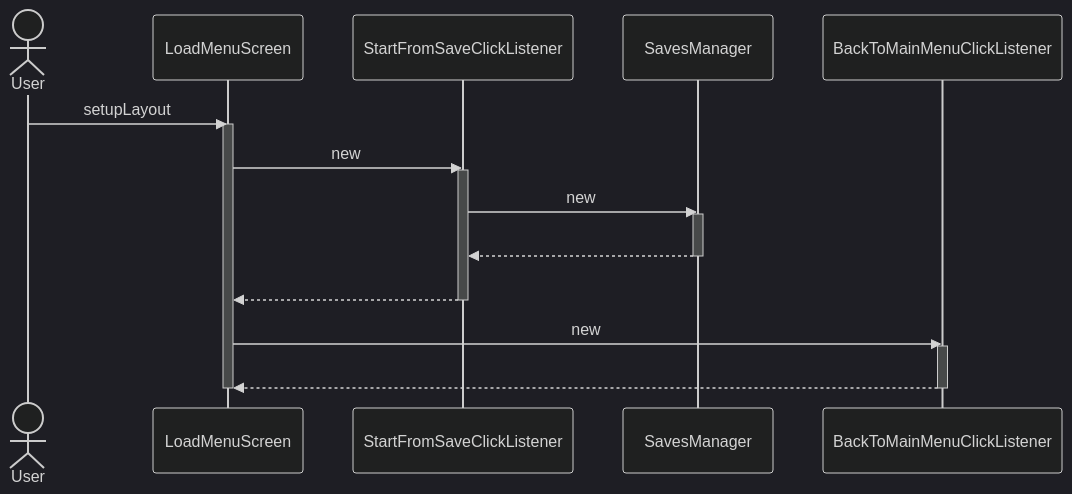
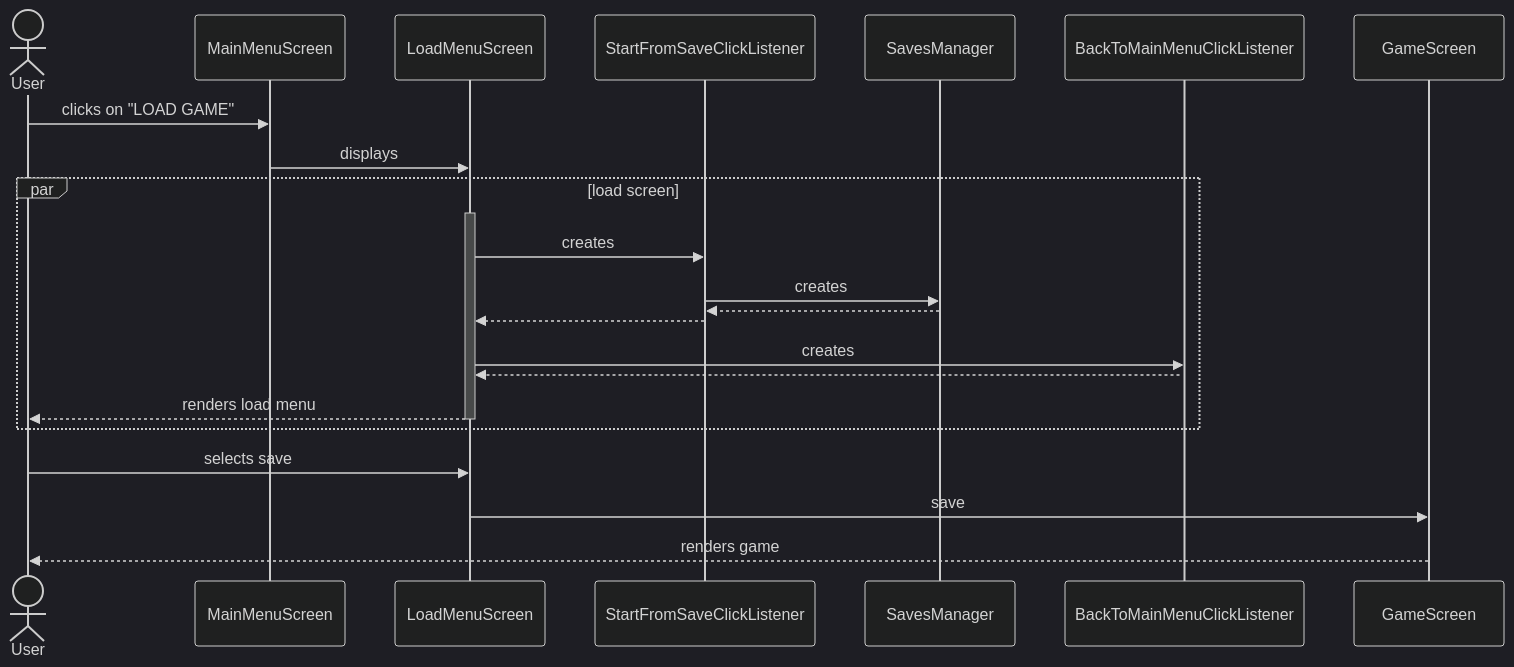
The sixth of 10 diagrams in docs/sequence_diagram/index.md (BIRSAx2/klotski), drawn with Mermaid (dark theme) before and after one commit. The commit also changed other lines of this file, not shown here.

Commit message:
Improved internal sequence diagram. Added NextBestMove sequence diagram

````diff
--- a/docs/sequence_diagram/index.md
+++ b/docs/sequence_diagram/index.md
@@ -272,19 +293,37 @@
 ```mermaid
 sequenceDiagram
     actor User
-    User ->> LoadMenuScreen : setupLayout
-    activate LoadMenuScreen
-    LoadMenuScreen ->> StartFromSaveClickListener : new
-    activate StartFromSaveClickListener
-    StartFromSaveClickListener ->> SavesManager : new
-    activate SavesManager
-    SavesManager -->> StartFromSaveClickListener : #32; 
-    deactivate SavesManager
-    StartFromSaveClickListener -->> LoadMenuScreen : #32; 
-    deactivate StartFromSaveClickListener
-    LoadMenuScreen ->> BackToMainMenuClickListener : new
-    activate BackToMainMenuClickListener
-    BackToMainMenuClickListener -->> LoadMenuScreen : #32; 
-    deactivate BackToMainMenuClickListener
-    deactivate LoadMenuScreen
+    participant MainMenuScreen
+    participant LoadMenuScreen
+    participant StartFromSaveClickListener
+    participant SavesManager
+    participant BackToMainMenuClickListener
+    participant GameScreen
+    
+
+    User ->> MainMenuScreen : clicks on "LOAD GAME"
+
+    MainMenuScreen ->> LoadMenuScreen : displays
+
+    par load screen
+        activate LoadMenuScreen
+        LoadMenuScreen ->> StartFromSaveClickListener : creates
+
+        StartFromSaveClickListener ->> SavesManager : creates
+        SavesManager -->> StartFromSaveClickListener :  
+
+        StartFromSaveClickListener -->> LoadMenuScreen : 
+
+        LoadMenuScreen ->> BackToMainMenuClickListener : creates
+        activate BackToMainMenuClickListener
+        BackToMainMenuClickListener -->> LoadMenuScreen :  
+        LoadMenuScreen -->> User: renders load menu
+        deactivate LoadMenuScreen
+    end
+
+    User ->> LoadMenuScreen: selects save
+    LoadMenuScreen ->> GameScreen: save
+    GameScreen -->> User: renders game
+
+
 ```
````
